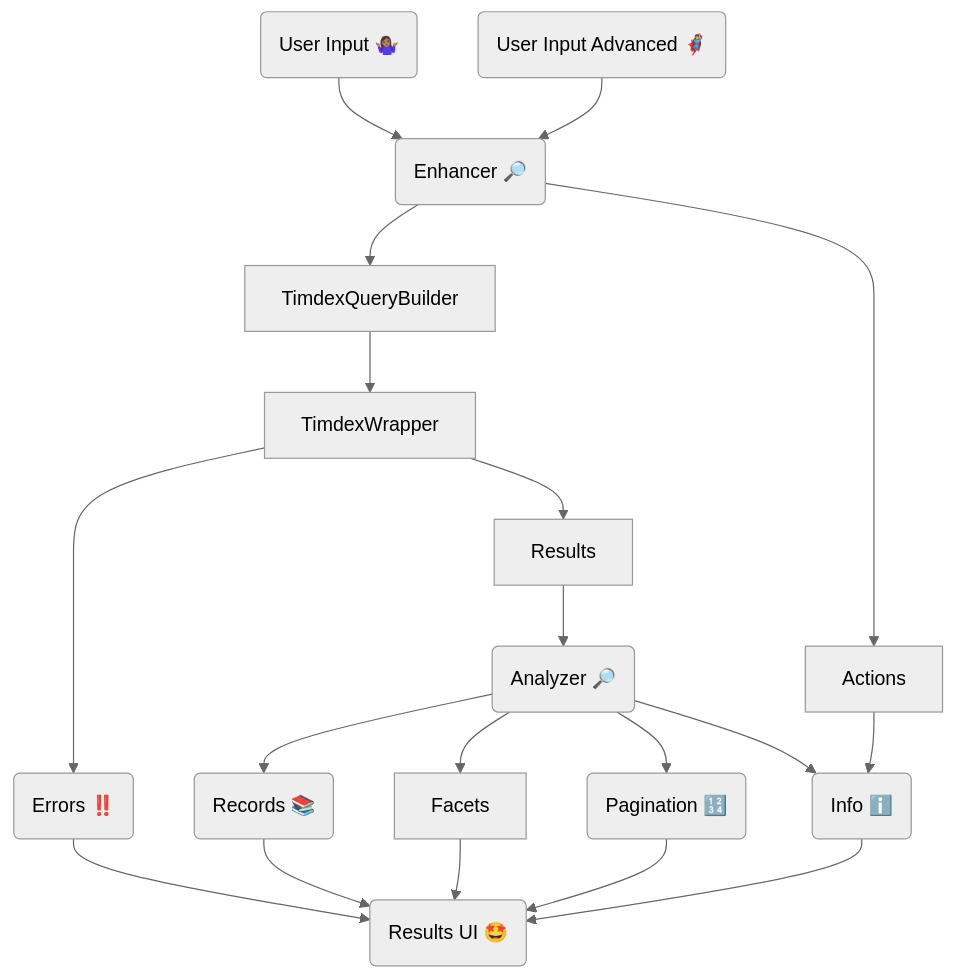
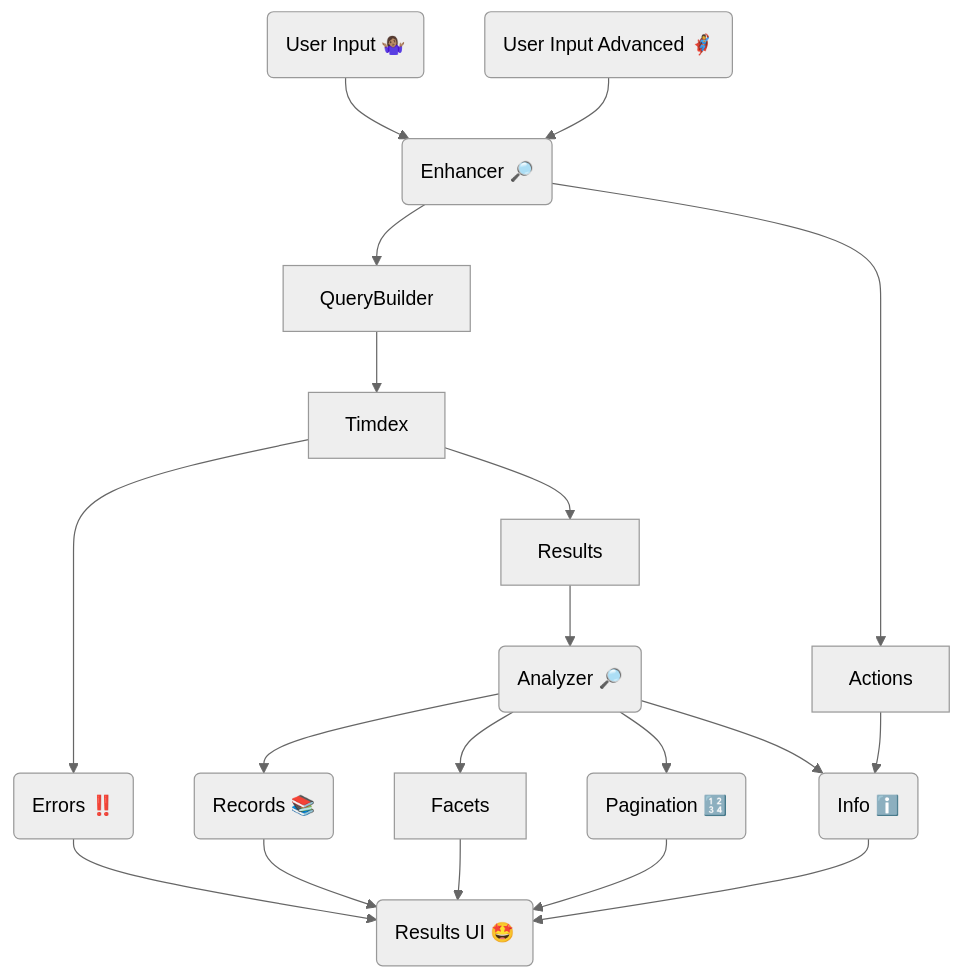
Before and after one commit to MITLibraries/timdex-ui: the diagram in README.md, drawn with Mermaid (neutral theme). The commit also changed other lines of this file and 15 other files, not shown here.

````diff
--- a/README.md
+++ b/README.md
@@ -13,32 +13,32 @@
 ```mermaid
   flowchart TD
     UserInput --> Enhancer
     UserInputAdvanced --> Enhancer
 
-    Enhancer --> TimdexQueryBuilder
+    Enhancer --> QueryBuilder
 
-    TimdexQueryBuilder --> TimdexWrapper
+    QueryBuilder --> Timdex
 
-    TimdexWrapper --> Results --> Analyzer
-    TimdexWrapper --> Errors
+    Timdex --> Results --> Analyzer
+    Timdex --> Errors
     Errors --> UI
 
     Analyzer --> Records --> UI
     Analyzer --> Facets --> UI
     Analyzer --> Pagination --> UI
     Analyzer --> Info --> UI
 
     Enhancer --> Actions
     
     Actions --> Info
 
     Analyzer("Analyzer 🔎")
     Enhancer("Enhancer 🔎")
     Errors("Errors ‼️")
     Info("Info ℹ️")
     Pagination("Pagination 🔢")
     Records("Records 📚")
     UI("Results UI 🤩")
     UserInput("User Input 🤷🏽‍♀️")
     UserInputAdvanced("User Input Advanced 🦸‍♀️")
 ```
````
